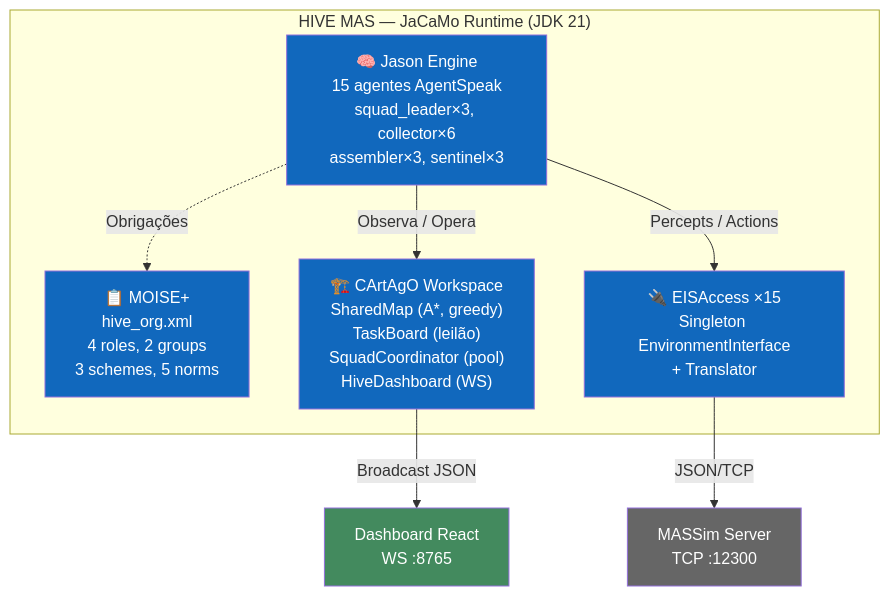
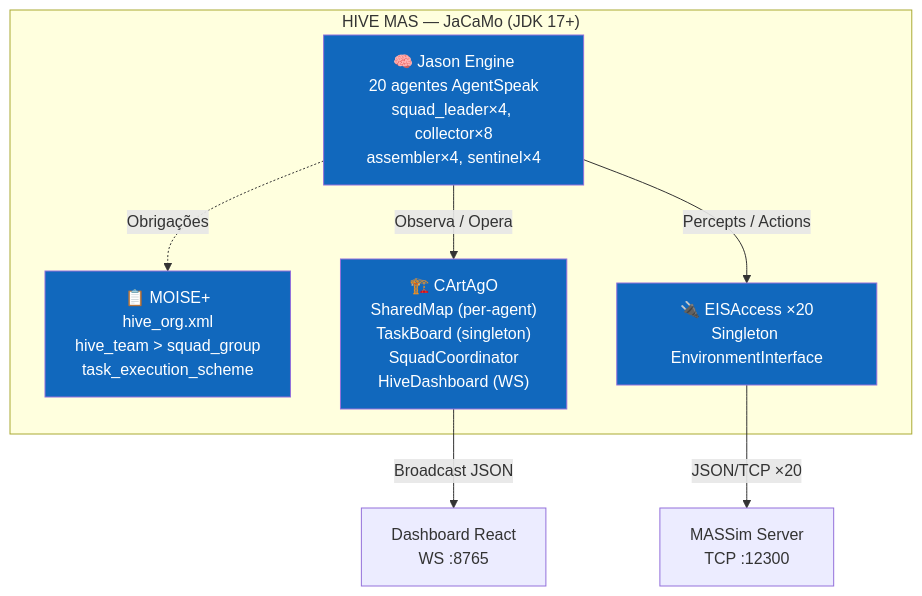
Before and after one commit to THIAGONOMA/PCS5703-MAS-HIVE: the second of 7 diagrams in README.md, drawn with Mermaid. The commit also changed other lines of this file and 8 other files, not shown here.

````diff
--- a/README.md
+++ b/README.md
@@ -96,28 +66,26 @@
 ```mermaid
 graph TB
-    subgraph HIVE_MAS["HIVE MAS — JaCaMo Runtime (JDK 21)"]
-        JASON["🧠 Jason Engine<br/>15 agentes AgentSpeak<br/>squad_leader×3, collector×6<br/>assembler×3, sentinel×3"]
+    subgraph HIVE["HIVE MAS — JaCaMo (JDK 17+)"]
+        JASON["🧠 Jason Engine<br/>20 agentes AgentSpeak<br/>squad_leader×4, collector×8<br/>assembler×4, sentinel×4"]
         
-        MOISE["📋 MOISE+<br/>hive_org.xml<br/>4 roles, 2 groups<br/>3 schemes, 5 norms"]
+        MOISE["📋 MOISE+<br/>hive_org.xml<br/>hive_team > squad_group<br/>task_execution_scheme"]
         
-        CARTAGO["🏗️ CArtAgO Workspace<br/>SharedMap (A*, greedy)<br/>TaskBoard (leilão)<br/>SquadCoordinator (pool)<br/>HiveDashboard (WS)"]
+        CARTAGO["🏗️ CArtAgO<br/>SharedMap (per-agent)<br/>TaskBoard (singleton)<br/>SquadCoordinator<br/>HiveDashboard (WS)"]
         
-        EIS["🔌 EISAccess ×15<br/>Singleton EnvironmentInterface<br/>+ Translator"]
+        EIS["🔌 EISAccess ×20<br/>Singleton EnvironmentInterface"]
     end
 
     MASSIM["MASSim Server<br/>TCP :12300"]
     DASH["Dashboard React<br/>WS :8765"]
 
     JASON -->|"Observa / Opera"| CARTAGO
     JASON -->|"Percepts / Actions"| EIS
     JASON -.->|"Obrigações"| MOISE
-    EIS -->|"JSON/TCP"| MASSIM
+    EIS -->|"JSON/TCP ×20"| MASSIM
     CARTAGO -->|"Broadcast JSON"| DASH
 
     style JASON fill:#1168bd,color:#fff
     style MOISE fill:#1168bd,color:#fff
     style CARTAGO fill:#1168bd,color:#fff
     style EIS fill:#1168bd,color:#fff
-    style MASSIM fill:#666,color:#fff
-    style DASH fill:#438a5e,color:#fff
 ```
````
